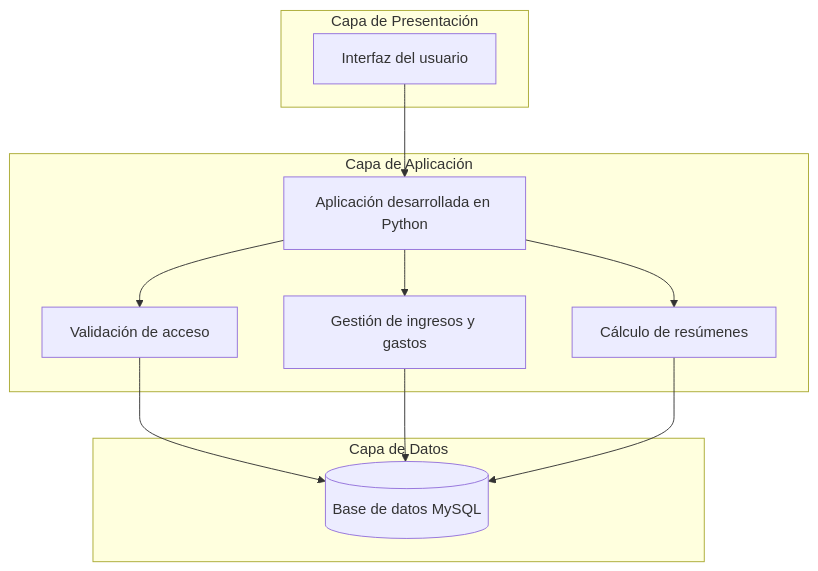
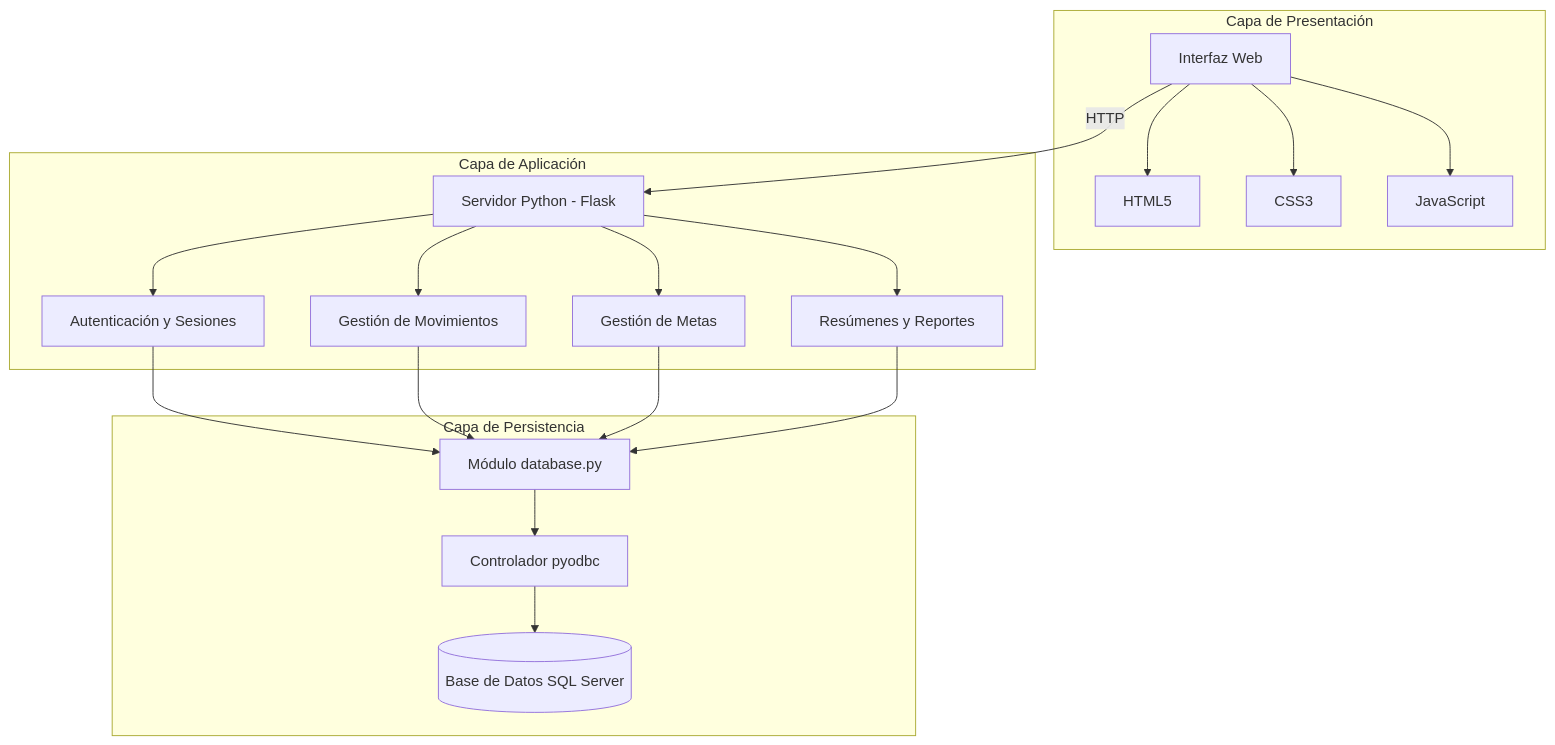
The second of 4 diagrams in MODELADO_UML.md (13-quintana/proyecto_7cuatrimestre), drawn with Mermaid before and after one commit. The commit also changed other lines of this file and 5 other files, not shown here.

````diff
--- a/MODELADO_UML.md
+++ b/MODELADO_UML.md
@@ -63,25 +244,42 @@
 ```mermaid
-flowchart TD
+flowchart TB
     subgraph Presentacion["Capa de Presentación"]
-        UI["Interfaz del usuario"]
+        UI["Interfaz Web"]
+        HTML["HTML5"]
+        CSS["CSS3"]
+        JS["JavaScript"]
     end
 
     subgraph Aplicacion["Capa de Aplicación"]
-        APP["Aplicación desarrollada en Python"]
-        AUTH["Validación de acceso"]
-        LOGIC["Gestión de ingresos y gastos"]
-        REPORT["Cálculo de resúmenes"]
+        FLASK["Servidor Python - Flask"]
+        AUTH["Autenticación y Sesiones"]
+        MOV["Gestión de Movimientos"]
+        META["Gestión de Metas"]
+        REP["Resúmenes y Reportes"]
     end
 
-    subgraph Datos["Capa de Datos"]
-        DB[("Base de datos MySQL")]
+    subgraph Datos["Capa de Persistencia"]
+        CONN["Módulo database.py"]
+        ODBC["Controlador pyodbc"]
+        SQL[("Base de Datos SQL Server")]
     end
 
-    UI --> APP
-    APP --> AUTH
-    APP --> LOGIC
-    APP --> REPORT
-    AUTH --> DB
-    LOGIC --> DB
-    REPORT --> DB
+    UI --> HTML
+    UI --> CSS
+    UI --> JS
+
+    UI -->|HTTP| FLASK
+
+    FLASK --> AUTH
+    FLASK --> MOV
+    FLASK --> META
+    FLASK --> REP
+
+    AUTH --> CONN
+    MOV --> CONN
+    META --> CONN
+    REP --> CONN
+
+    CONN --> ODBC
+    ODBC --> SQL
 ```
````
